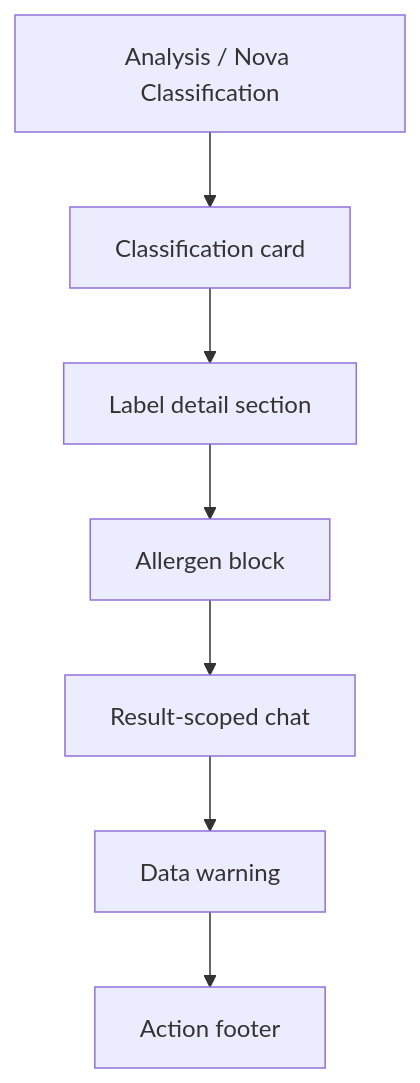
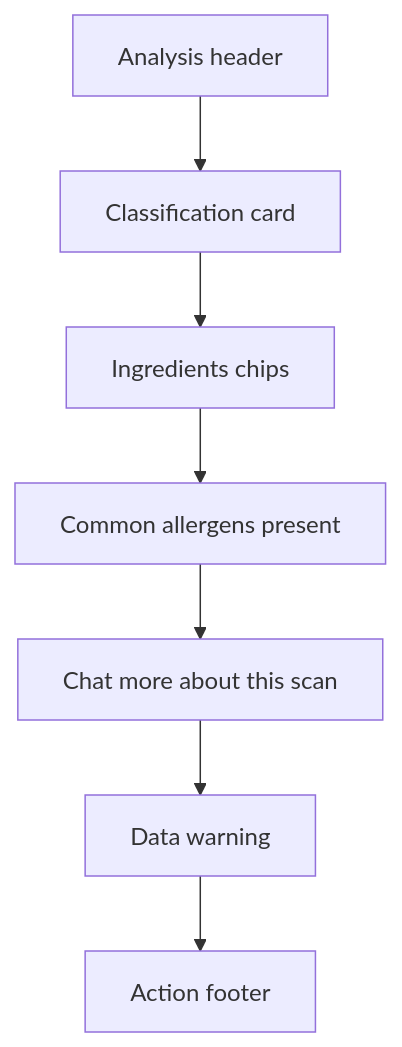
One commit to benevolentbandwidth/ultraprocessed changed the third of 3 diagrams in documentation/02-ui-navigation.md. Above: the diagram before and after it, drawn with Mermaid. The commit also changed other lines of this file and 127 other files, not shown here.

````diff
--- a/documentation/02-ui-navigation.md
+++ b/documentation/02-ui-navigation.md
@@ -73,12 +97,12 @@
 ```mermaid
 flowchart TB
-    Header[Analysis / Nova Classification]
+    Header[Analysis header]
     Verdict[Classification card]
-    Detail[Label detail section]
-    Allergens[Allergen block]
-    Chat[Result-scoped chat]
+    Ingredients[Ingredients chips]
+    Allergens[Common allergens present]
+    Chat[Chat more about this scan]
     Warning[Data warning]
     Footer[Action footer]
 
-    Header --> Verdict --> Detail --> Allergens --> Chat --> Warning --> Footer
+    Header --> Verdict --> Ingredients --> Allergens --> Chat --> Warning --> Footer
 ```
````
